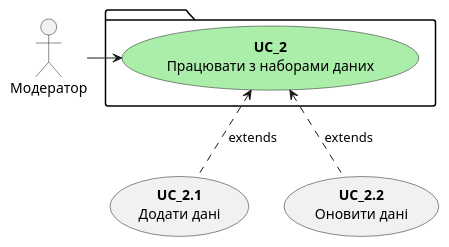
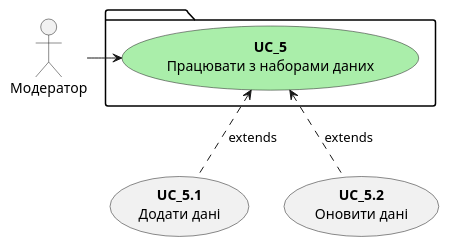
The diagram in src/uml/MODERATOR_2.puml (anrikolo/obd), drawn with PlantUML before and after one commit.

```diff
--- a/src/uml/MODERATOR_2.puml
+++ b/src/uml/MODERATOR_2.puml
@@ -1,14 +1,14 @@
 @startuml
 package {
-        usecase "<b>UC_2</b>\nПрацювати з наборами даних" as UC_2 #aaeeaa
+        usecase "<b>UC_5</b>\nПрацювати з наборами даних" as UC_5 #aaeeaa
     }
     
-    usecase "<b>UC_2.1</b>\nДодати дані" as UC_2.1
-    usecase "<b>UC_2.2</b>\nОновити дані" as UC_2.2
+    usecase "<b>UC_5.1</b>\nДодати дані" as UC_5.1
+    usecase "<b>UC_5.2</b>\nОновити дані" as UC_5.2
 
-    UC_2.1 .u.> UC_2 : extends
-    UC_2.2 .u.> UC_2 : extends
+    UC_5.1 .u.> UC_5 : extends
+    UC_5.2 .u.> UC_5 : extends
 
-    Модератор -> UC_2
+    Модератор -> UC_5
 
 @enduml
```
